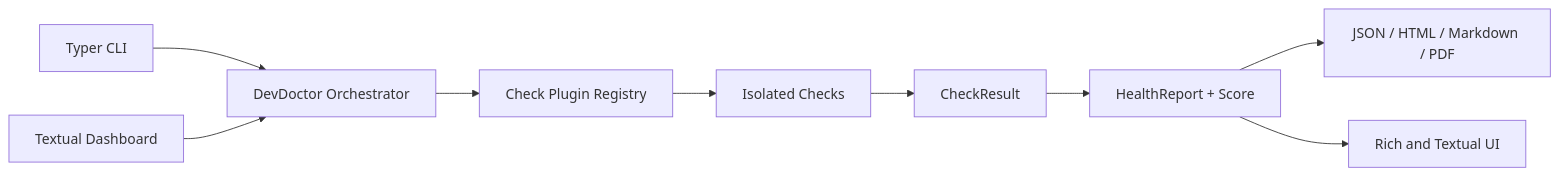
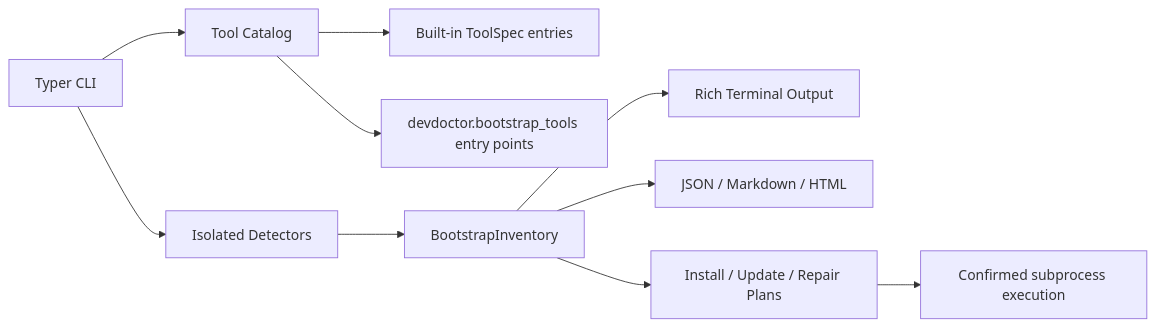
One commit to imedkablavi/DevDoctor changed the diagram in README.md. Above: the diagram before and after it, drawn with Mermaid. The commit also changed other lines of this file and 33 other files, not shown here.

Commit message:
Transform DevDoctor into workstation bootstrap CLI

````diff
--- a/README.md
+++ b/README.md
@@ -146,11 +166,12 @@
 ```mermaid
 flowchart LR
-  CLI[Typer CLI] --> Doctor[DevDoctor Orchestrator]
-  Dashboard[Textual Dashboard] --> Doctor
-  Doctor --> Registry[Check Plugin Registry]
-  Registry --> Checks[Isolated Checks]
-  Checks --> Result[CheckResult]
-  Result --> Report[HealthReport + Score]
-  Report --> Exporters[JSON / HTML / Markdown / PDF]
-  Report --> UI[Rich and Textual UI]
+  CLI[Typer CLI] --> Catalog[Tool Catalog]
+  Catalog --> Builtins[Built-in ToolSpec entries]
+  Catalog --> Plugins[devdoctor.bootstrap_tools entry points]
+  CLI --> Detector[Isolated Detectors]
+  Detector --> Inventory[BootstrapInventory]
+  Inventory --> Terminal[Rich Terminal Output]
+  Inventory --> Exporters[JSON / Markdown / HTML]
+  Inventory --> Planner[Install / Update / Repair Plans]
+  Planner --> Executor[Confirmed subprocess execution]
 ```
````
